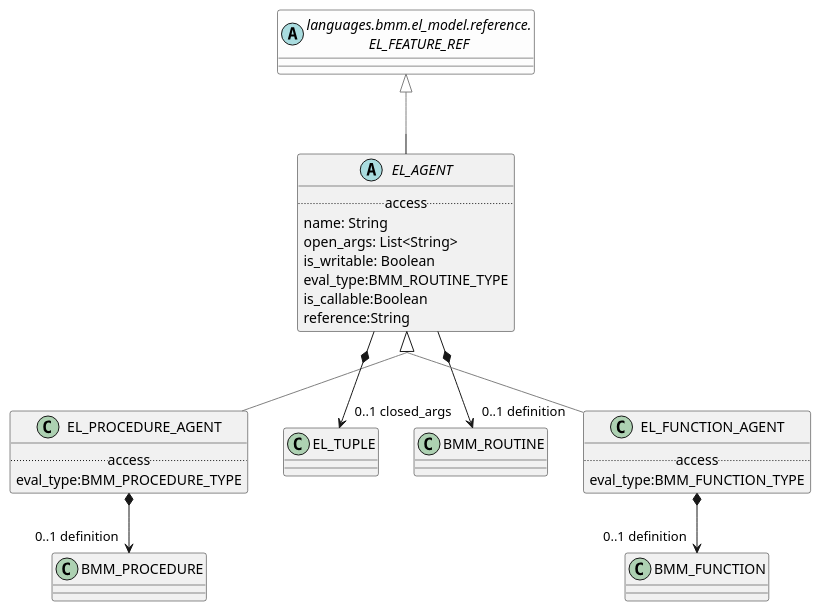
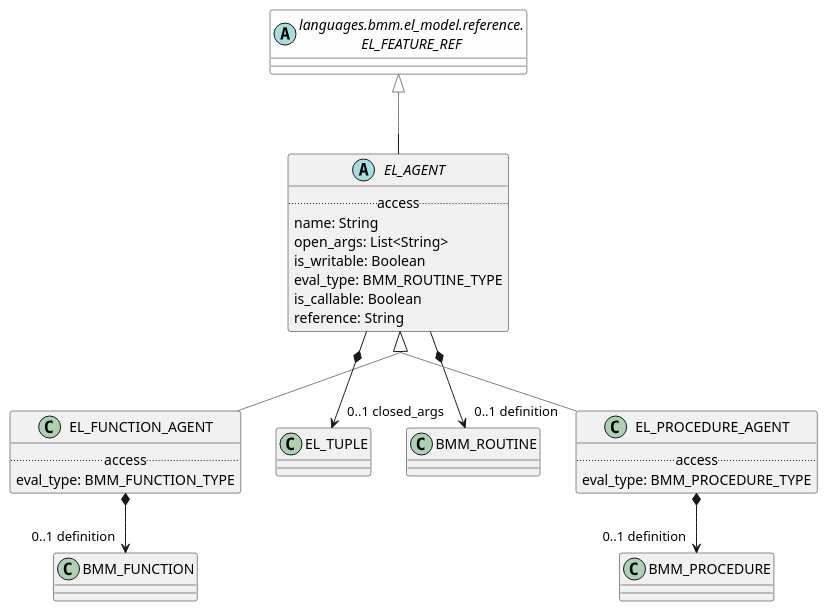
One commit to wolandscat/openehr-doc changed the diagram in modules/ROOT/examples/bmm/languages/bmm/el_model/agent/agent-package-uml.adoc. Above: the diagram before and after it, drawn with PlantUML. The commit also changed 293 other files, not shown here.

Commit message:
Regen with tweaks to UML output and correct metatypes for nested generics.

```diff
--- a/modules/ROOT/examples/bmm/languages/bmm/el_model/agent/agent-package-uml.adoc
+++ b/modules/ROOT/examples/bmm/languages/bmm/el_model/agent/agent-package-uml.adoc
@@ -3,46 +3,46 @@
 [plantuml,opts=interactive,link=self]
 ....
 skinparam groupInheritance 2
 skinparam citedClassColor #FDFDFD
 
 
-class EL_PROCEDURE_AGENT [[/openehr-doc/latest/languages/bmm-gen.html#_class_el_procedure_agent]] {
+class EL_FUNCTION_AGENT [[/openehr-doc/latest/languages/bmm-gen.html#_class_el_function_agent]] {
         .. access ..
-        eval_type:BMM_PROCEDURE_TYPE
+        eval_type: BMM_FUNCTION_TYPE
 }
 
-EL_PROCEDURE_AGENT -[#gray]up-|> EL_AGENT  
+EL_FUNCTION_AGENT -[#gray]up-|> EL_AGENT  
 
 
-EL_PROCEDURE_AGENT *--> "0..1 definition" BMM_PROCEDURE
+EL_FUNCTION_AGENT *--> "0..1 definition" BMM_FUNCTION
 
 abstract class EL_AGENT [[/openehr-doc/latest/languages/bmm-gen.html#_class_el_agent]] {
         .. access ..
         name: String
         open_args: List<String>
         is_writable: Boolean
-        eval_type:BMM_ROUTINE_TYPE
-        is_callable:Boolean
-        reference:String
+        eval_type: BMM_ROUTINE_TYPE
+        is_callable: Boolean
+        reference: String
 }
 
 EL_AGENT -[#gray]up-|> EL_FEATURE_REF  
 
 
 EL_AGENT *--> "0..1 closed_args" EL_TUPLE
 
 EL_AGENT *--> "0..1 definition" BMM_ROUTINE
 
-class EL_FUNCTION_AGENT [[/openehr-doc/latest/languages/bmm-gen.html#_class_el_function_agent]] {
+class EL_PROCEDURE_AGENT [[/openehr-doc/latest/languages/bmm-gen.html#_class_el_procedure_agent]] {
         .. access ..
-        eval_type:BMM_FUNCTION_TYPE
+        eval_type: BMM_PROCEDURE_TYPE
 }
 
-EL_FUNCTION_AGENT -[#gray]up-|> EL_AGENT  
+EL_PROCEDURE_AGENT -[#gray]up-|> EL_AGENT  
 
 
-EL_FUNCTION_AGENT *--> "0..1 definition" BMM_FUNCTION
+EL_PROCEDURE_AGENT *--> "0..1 definition" BMM_PROCEDURE
 abstract class "languages.bmm.el_model.reference.\nEL_FEATURE_REF" as EL_FEATURE_REF  [[/openehr-doc/latest/languages/bmm-gen.html#_class_el_feature_ref]] #FDFDFD {
 }
 
 ....
```
